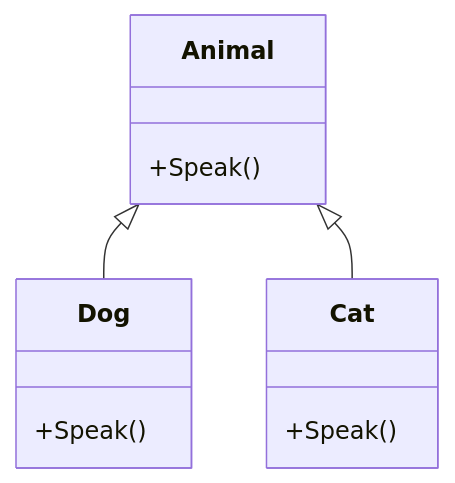
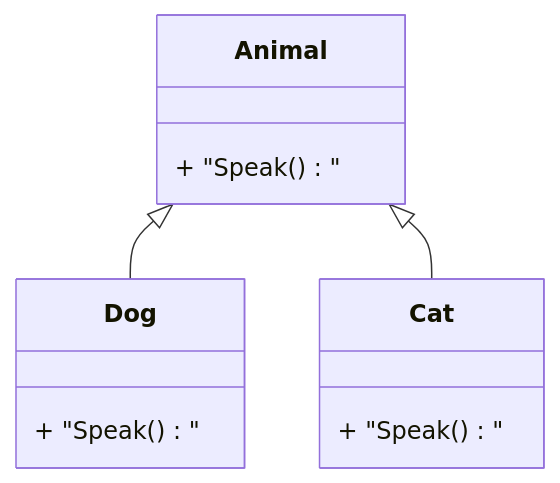
Diagram 15 of 17 in content/post/2024/2024-10-16-csharp-object-oriented/index.md (42jerrykim/42jerrykim.github.io), drawn with Mermaid before and after one commit. The commit also changed other lines of this file and 239 other files, not shown here.

````diff
--- a/content/post/2024/2024-10-16-csharp-object-oriented/index.md
+++ b/content/post/2024/2024-10-16-csharp-object-oriented/index.md
@@ -1415,14 +1231,14 @@
 ```mermaid
 classDiagram
     class Animal {
-        +Speak()
+        + "Speak()"
     }
     class Dog {
-        +Speak()
+        + "Speak()"
     }
     class Cat {
-        +Speak()
+        + "Speak()"
     }
     Animal <|-- Dog
     Animal <|-- Cat
 ```
````
